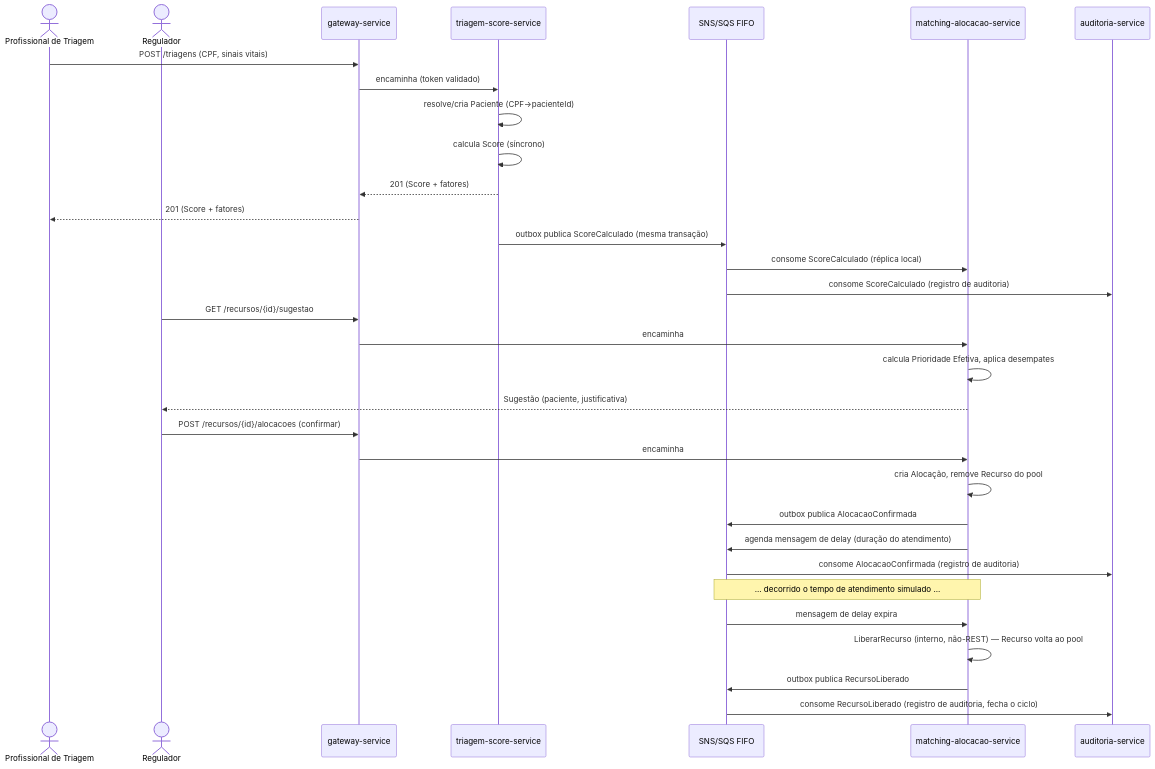
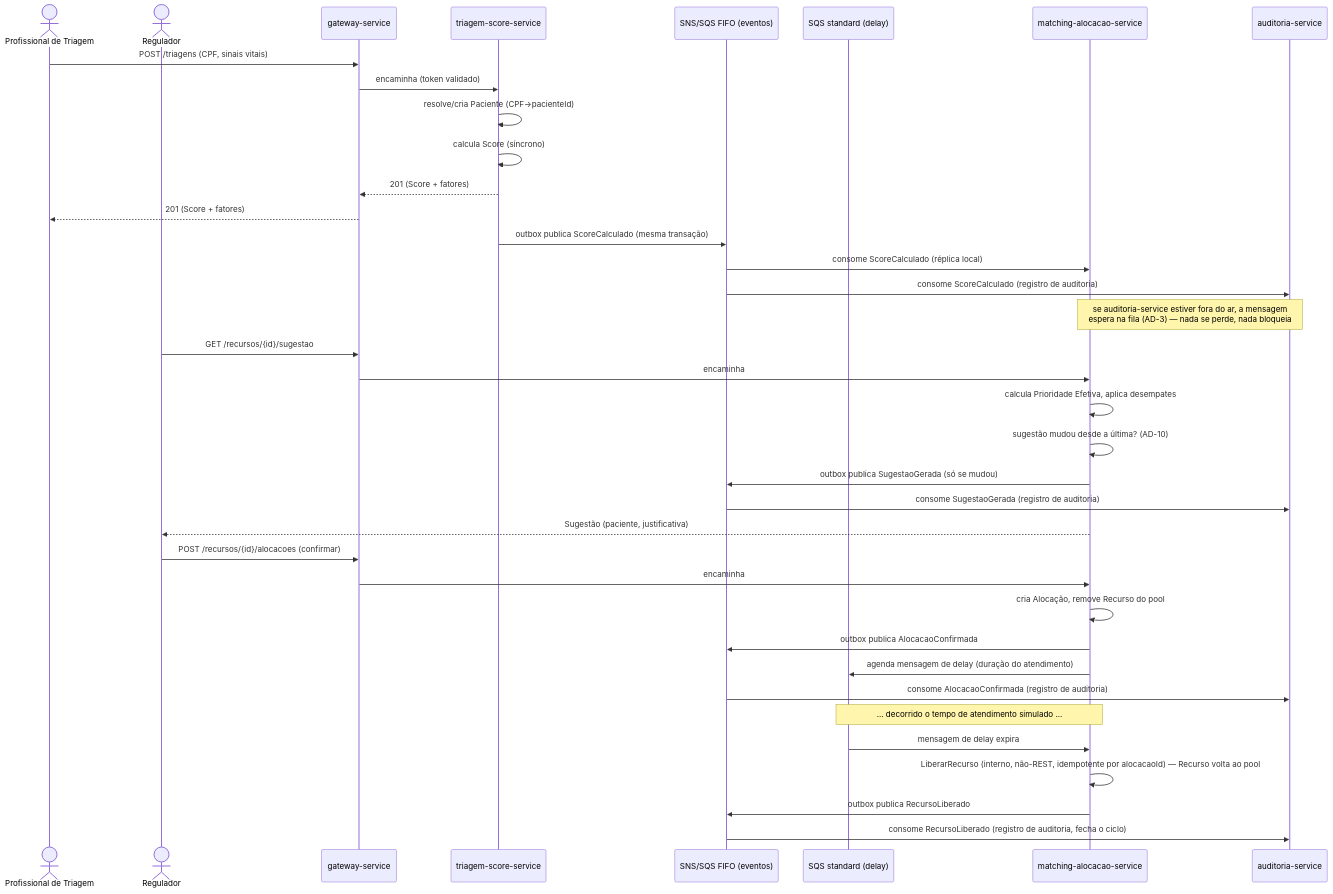
The fourth of 4 diagrams in _bmad-output/planning-artifacts/architecture/architecture-Fase5-2026-09-06/solution-design.md (thiagohaf/adjt-fase5-fila-justa), drawn with Mermaid before and after one commit. The commit also changed other lines of this file and 3 other files, not shown here.

````diff
--- a/_bmad-output/planning-artifacts/architecture/architecture-Fase5-2026-09-06/solution-design.md
+++ b/_bmad-output/planning-artifacts/architecture/architecture-Fase5-2026-09-06/solution-design.md
@@ -151,38 +167,44 @@
 ```mermaid
 sequenceDiagram
   actor PT as Profissional de Triagem
   actor RG as Regulador
   participant GW as gateway-service
   participant TS as triagem-score-service
-  participant MSG as SNS/SQS FIFO
+  participant MSG as SNS/SQS FIFO (eventos)
+  participant DELQ as SQS standard (delay)
   participant MA as matching-alocacao-service
   participant AU as auditoria-service
 
   PT->>GW: POST /triagens (CPF, sinais vitais)
   GW->>TS: encaminha (token validado)
   TS->>TS: resolve/cria Paciente (CPF→pacienteId)
   TS->>TS: calcula Score (síncrono)
   TS-->>GW: 201 (Score + fatores)
   GW-->>PT: 201 (Score + fatores)
   TS->>MSG: outbox publica ScoreCalculado (mesma transação)
   MSG->>MA: consome ScoreCalculado (réplica local)
   MSG->>AU: consome ScoreCalculado (registro de auditoria)
 
+  Note over MA,AU: se auditoria-service estiver fora do ar, a mensagem<br/>espera na fila (AD-3) — nada se perde, nada bloqueia
+
   RG->>GW: GET /recursos/{id}/sugestao
   GW->>MA: encaminha
   MA->>MA: calcula Prioridade Efetiva, aplica desempates
+  MA->>MA: sugestão mudou desde a última? (AD-10)
+  MA->>MSG: outbox publica SugestaoGerada (só se mudou)
+  MSG->>AU: consome SugestaoGerada (registro de auditoria)
   MA-->>RG: Sugestão (paciente, justificativa)
 
   RG->>GW: POST /recursos/{id}/alocacoes (confirmar)
   GW->>MA: encaminha
   MA->>MA: cria Alocação, remove Recurso do pool
   MA->>MSG: outbox publica AlocacaoConfirmada
-  MA->>MSG: agenda mensagem de delay (duração do atendimento)
+  MA->>DELQ: agenda mensagem de delay (duração do atendimento)
   MSG->>AU: consome AlocacaoConfirmada (registro de auditoria)
 
-  Note over MSG,MA: ... decorrido o tempo de atendimento simulado ...
-  MSG->>MA: mensagem de delay expira
-  MA->>MA: LiberarRecurso (interno, não-REST) — Recurso volta ao pool
+  Note over DELQ,MA: ... decorrido o tempo de atendimento simulado ...
+  DELQ->>MA: mensagem de delay expira
+  MA->>MA: LiberarRecurso (interno, não-REST, idempotente por alocacaoId) — Recurso volta ao pool
   MA->>MSG: outbox publica RecursoLiberado
   MSG->>AU: consome RecursoLiberado (registro de auditoria, fecha o ciclo)
 ```
````
